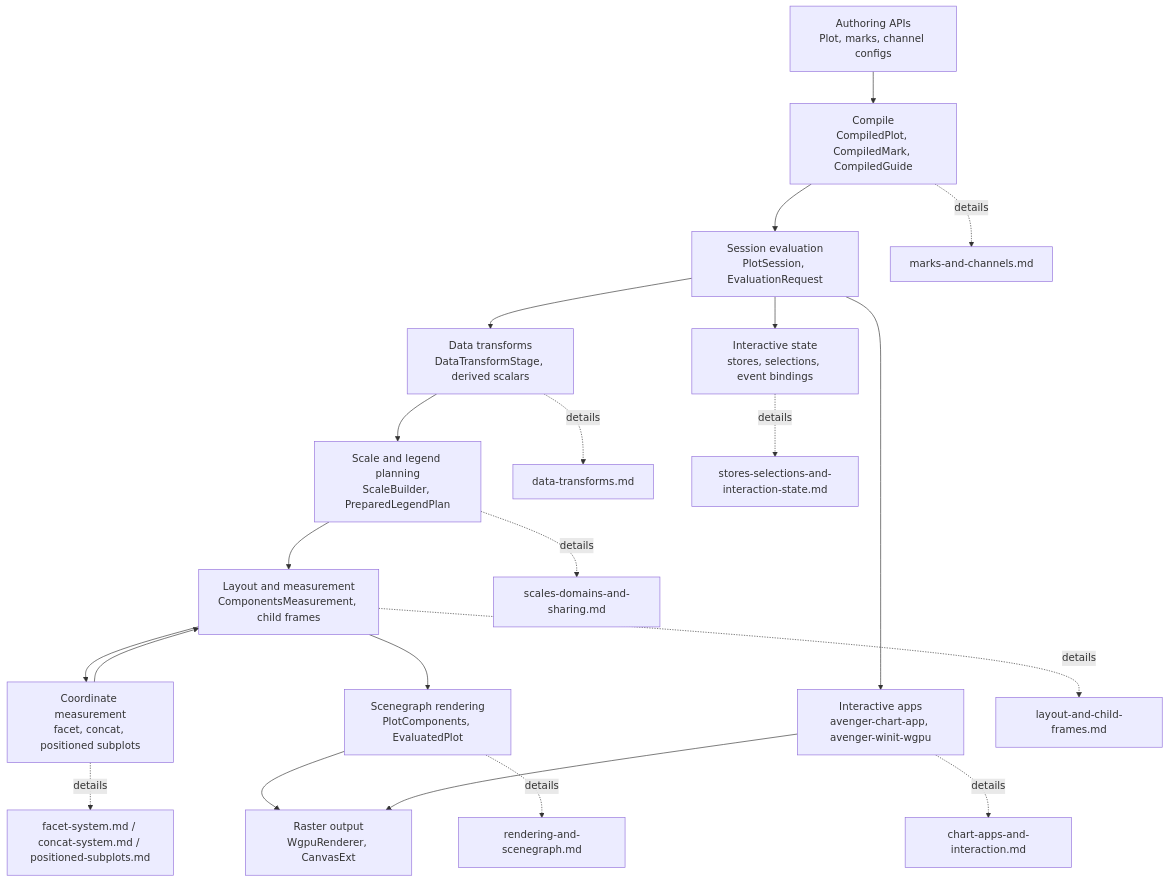
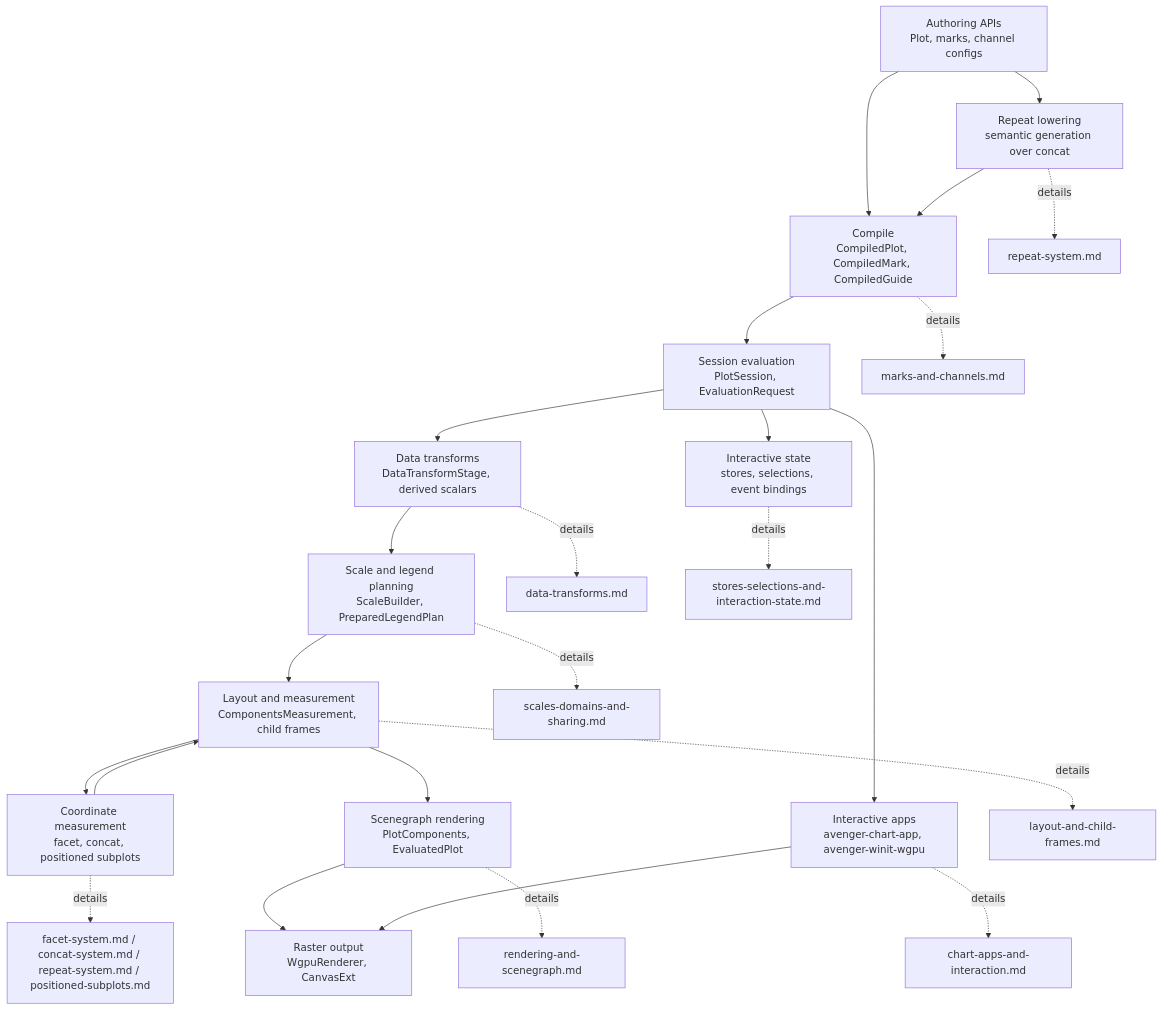
Before and after one commit to jonmmease/avenger: the diagram in avenger-chart/docs/architecture/README.md, drawn with Mermaid. The commit also changed other lines of this file and 13 other files, not shown here.

Commit message:
stage 12: update repeat architecture docs

````diff
--- a/avenger-chart/docs/architecture/README.md
+++ b/avenger-chart/docs/architecture/README.md
@@ -36,36 +37,40 @@
 ```mermaid
 flowchart TD
     Author["Authoring APIs\nPlot, marks, channel configs"]
     Compile["Compile\nCompiledPlot, CompiledMark, CompiledGuide"]
     Session["Session evaluation\nPlotSession, EvaluationRequest"]
     Transforms["Data transforms\nDataTransformStage, derived scalars"]
     ScaleLegend["Scale and legend planning\nScaleBuilder, PreparedLegendPlan"]
     Layout["Layout and measurement\nComponentsMeasurement, child frames"]
     Coord["Coordinate measurement\nfacet, concat, positioned subplots"]
+    Repeat["Repeat lowering\nsemantic generation over concat"]
     Render["Scenegraph rendering\nPlotComponents, EvaluatedPlot"]
     Wgpu["Raster output\nWgpuRenderer, CanvasExt"]
     Apps["Interactive apps\navenger-chart-app, avenger-winit-wgpu"]
     State["Interactive state\nstores, selections, event bindings"]
 
     Author --> Compile
+    Author --> Repeat
+    Repeat --> Compile
     Compile --> Session
     Session --> Transforms
     Transforms --> ScaleLegend
     ScaleLegend --> Layout
     Layout --> Coord
     Coord --> Layout
     Layout --> Render
     Render --> Wgpu
     Session --> Apps
     Session --> State
     Apps --> Wgpu
 
     Compile -. details .-> Marks["marks-and-channels.md"]
+    Repeat -. details .-> RepeatDocs["repeat-system.md"]
     Transforms -. details .-> TransformDocs["data-transforms.md"]
     ScaleLegend -. details .-> Scales["scales-domains-and-sharing.md"]
     Layout -. details .-> ChildFrames["layout-and-child-frames.md"]
-    Coord -. details .-> Containers["facet-system.md / concat-system.md / positioned-subplots.md"]
+    Coord -. details .-> Containers["facet-system.md / concat-system.md / repeat-system.md / positioned-subplots.md"]
     Render -. details .-> Rendering["rendering-and-scenegraph.md"]
     Apps -. details .-> AppDocs["chart-apps-and-interaction.md"]
     State -. details .-> StateDocs["stores-selections-and-interaction-state.md"]
 ```
````
